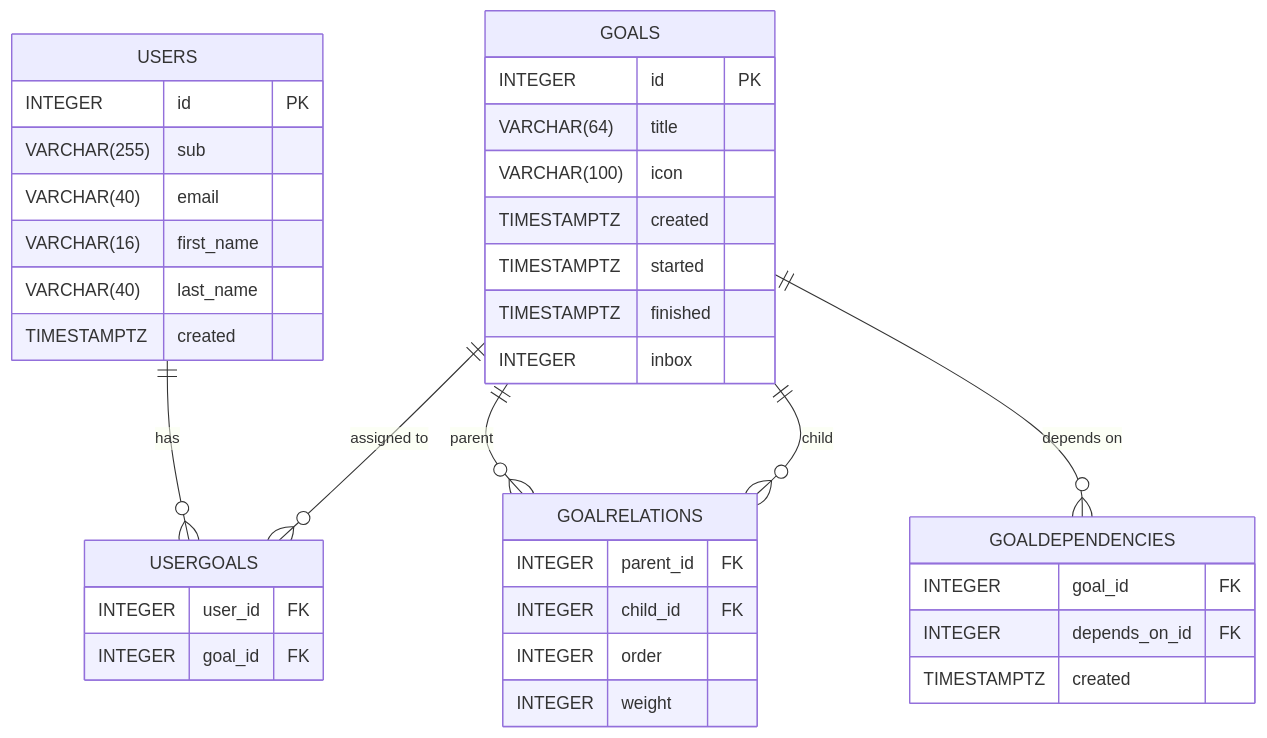
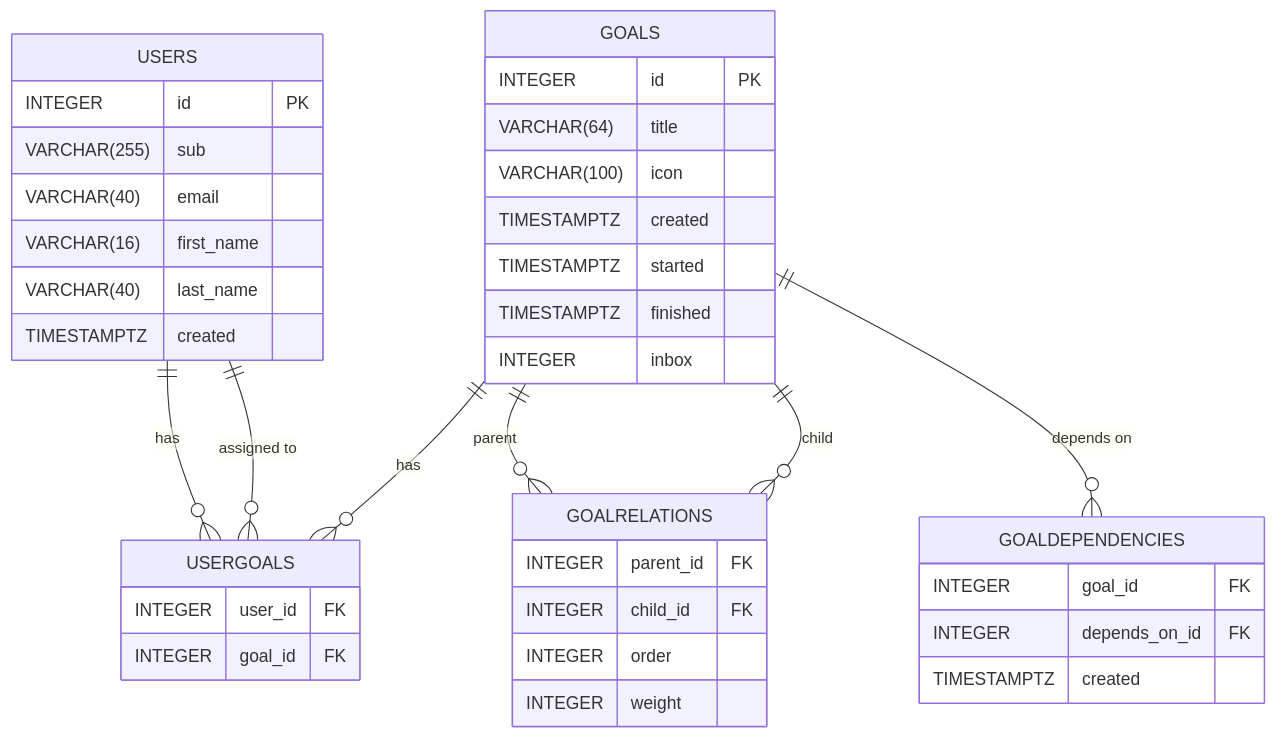
The third of 3 diagrams in README.md (simonbrundin/plan), drawn with Mermaid before and after one commit. The commit also changed other lines of this file, not shown here.

````diff
--- a/README.md
+++ b/README.md
@@ -72,40 +103,41 @@
 ```mermaid
 erDiagram
     USERS {
         INTEGER id PK
         VARCHAR(255) sub
         VARCHAR(40) email
         VARCHAR(16) first_name
         VARCHAR(40) last_name
         TIMESTAMPTZ created
     }
     GOALS {
         INTEGER id PK
         VARCHAR(64) title
         VARCHAR(100) icon
         TIMESTAMPTZ created
         TIMESTAMPTZ started
         TIMESTAMPTZ finished
         INTEGER inbox
     }
     USERGOALS {
         INTEGER user_id FK
         INTEGER goal_id FK
     }
     GOALRELATIONS {
         INTEGER parent_id FK
         INTEGER child_id FK
         INTEGER order
         INTEGER weight
     }
     GOALDEPENDENCIES {
         INTEGER goal_id FK
         INTEGER depends_on_id FK
         TIMESTAMPTZ created
     }
     USERS ||--o{ USERGOALS : "has"
-    GOALS ||--o{ USERGOALS : "assigned to"
+    USERS ||--o{ USERGOALS : "assigned to"
+    GOALS ||--o{ USERGOALS : "has"
     GOALS ||--o{ GOALRELATIONS : "parent"
     GOALS ||--o{ GOALRELATIONS : "child"
     GOALS ||--o{ GOALDEPENDENCIES : "depends on"
 ```
````
